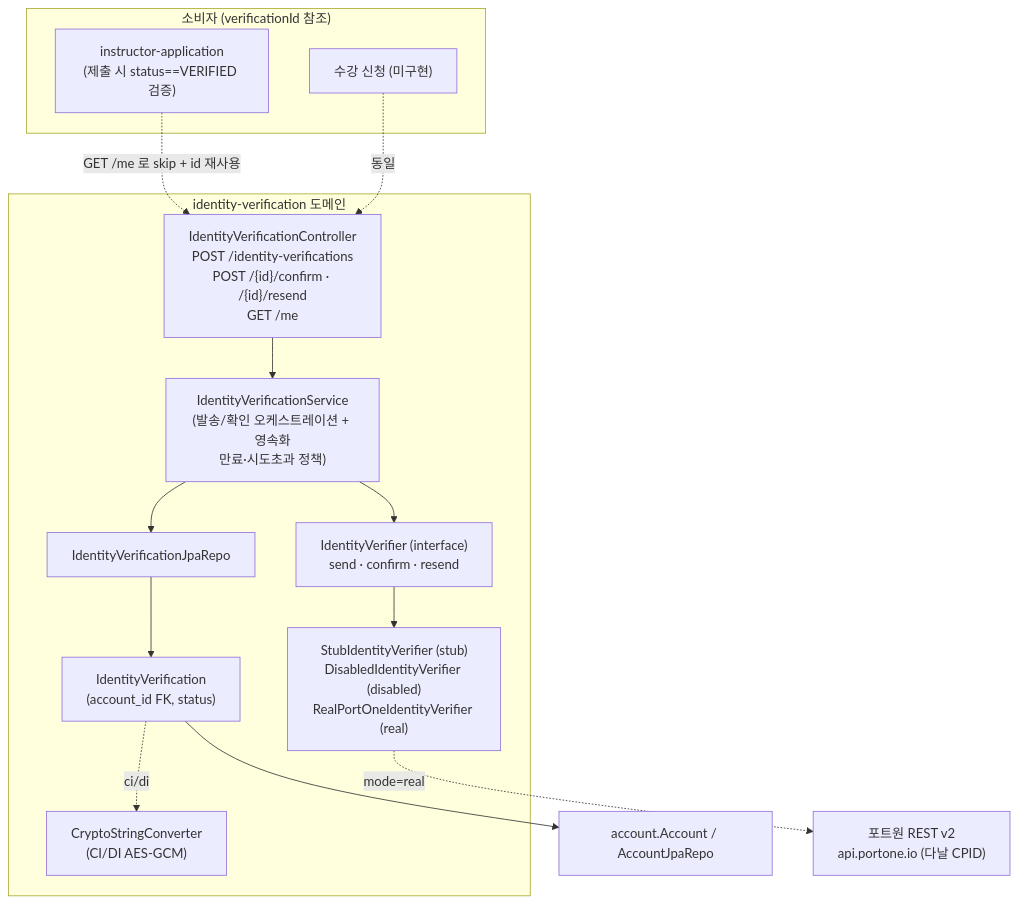
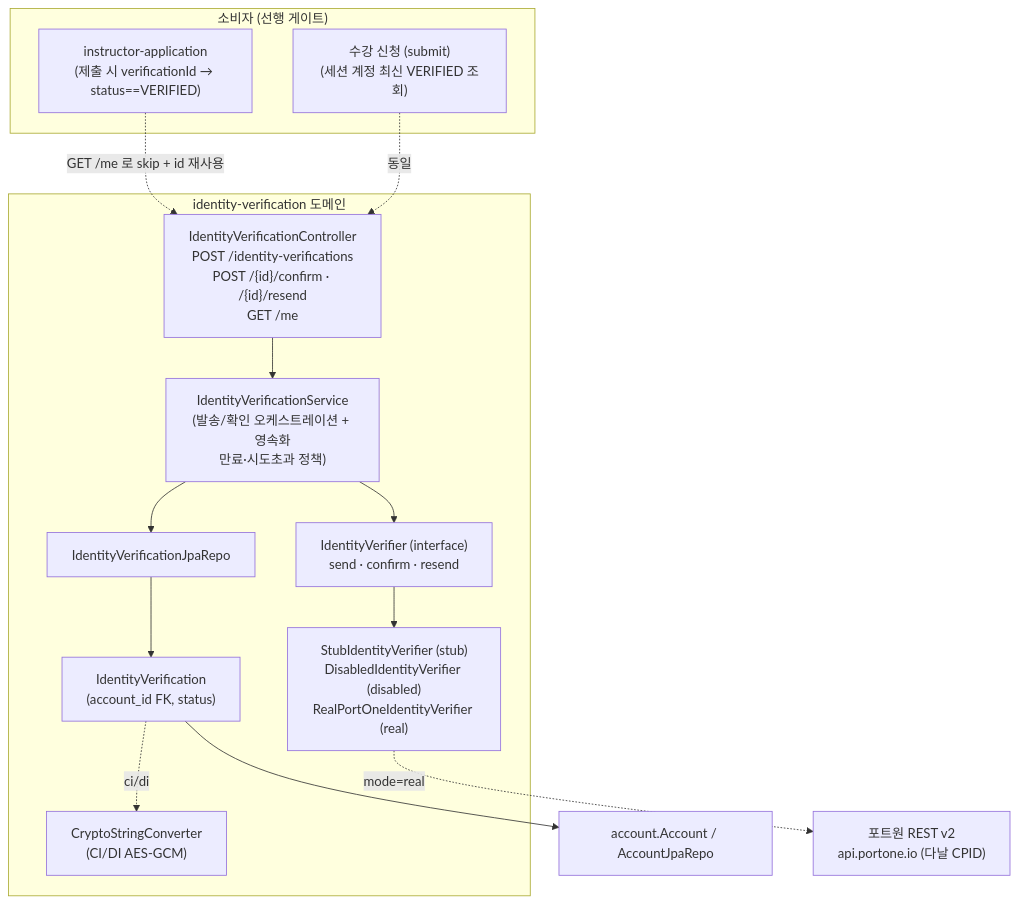
One commit to pungdong/Pungdong-Backend changed the first of 4 diagrams in docs/architecture/identity-verification.md. Above: the diagram before and after it, drawn with Mermaid. The commit also changed other lines of this file and 17 other files, not shown here.

````diff
--- a/docs/architecture/identity-verification.md
+++ b/docs/architecture/identity-verification.md
@@ -15,29 +15,29 @@
 ```mermaid
 flowchart TB
     subgraph IDV["identity-verification 도메인"]
         Ctl["IdentityVerificationController<br/>POST /identity-verifications<br/>POST /{id}/confirm · /{id}/resend<br/>GET /me"]
         Svc["IdentityVerificationService<br/>(발송/확인 오케스트레이션 + 영속화<br/>만료·시도초과 정책)"]
         Verifier["IdentityVerifier (interface)<br/>send · confirm · resend"]
         Impls["StubIdentityVerifier (stub)<br/>DisabledIdentityVerifier (disabled)<br/>RealPortOneIdentityVerifier (real)"]
         Crypto["CryptoStringConverter<br/>(CI/DI AES-GCM)"]
         Entity["IdentityVerification<br/>(account_id FK, status)"]
         Repo["IdentityVerificationJpaRepo"]
     end
 
     Account["account.Account / AccountJpaRepo"]
     PortOne["포트원 REST v2<br/>api.portone.io (다날 CPID)"]
 
-    subgraph Consumers["소비자 (verificationId 참조)"]
-        Instructor["instructor-application<br/>(제출 시 status==VERIFIED 검증)"]
-        Lecture["수강 신청 (미구현)"]
+    subgraph Consumers["소비자 (선행 게이트)"]
+        Instructor["instructor-application<br/>(제출 시 verificationId → status==VERIFIED)"]
+        Lecture["수강 신청 (submit)<br/>(세션 계정 최신 VERIFIED 조회)"]
     end
 
     Ctl --> Svc
     Svc --> Verifier --> Impls
     Impls -. mode=real .-> PortOne
     Svc --> Repo --> Entity
     Entity -. ci/di .-> Crypto
     Entity --> Account
     Instructor -.GET /me 로 skip + id 재사용.-> Ctl
     Lecture -.동일.-> Ctl
 ```
````
